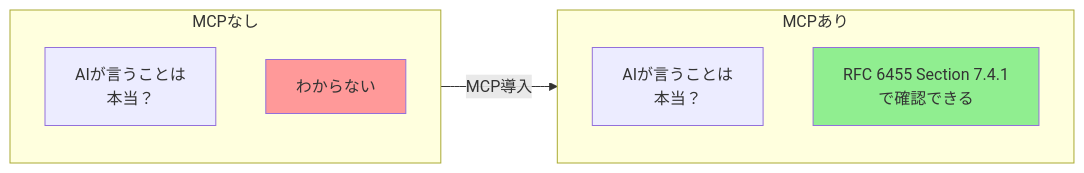
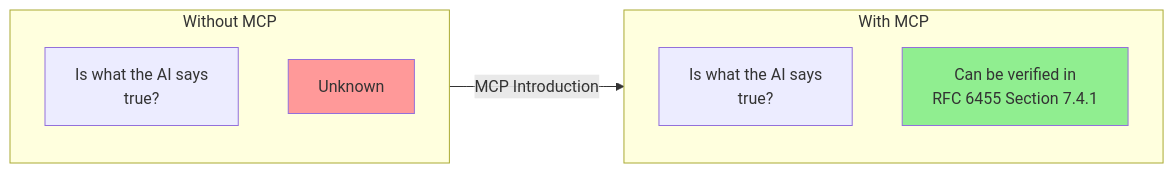
Before and after one commit to shuji-bonji/ai-agent-architecture: diagram 15 of 15 in docs/concepts/02-reference-sources.md, drawn with Mermaid. The commit also changed other lines of this file and 42 other files, not shown here.

````diff
--- a/docs/concepts/02-reference-sources.md
+++ b/docs/concepts/02-reference-sources.md
@@ -661,17 +663,17 @@
 ```mermaid
 graph LR
-    subgraph Before["MCPなし"]
-        Q1["AIが言うことは<br/>本当？"]
-        A1["わからない"]
+    subgraph Before["Without MCP"]
+        Q1["Is what the AI says<br/>true?"]
+        A1["Unknown"]
     end
 
-    subgraph After["MCPあり"]
-        Q2["AIが言うことは<br/>本当？"]
-        A2["RFC 6455 Section 7.4.1<br/>で確認できる"]
+    subgraph After["With MCP"]
+        Q2["Is what the AI says<br/>true?"]
+        A2["Can be verified in<br/>RFC 6455 Section 7.4.1"]
     end
 
-    Before -->|MCP導入| After
+    Before -->|MCP Introduction| After
 
     style A1 fill:#ff9999
     style A2 fill:#90EE90
 ```
````
